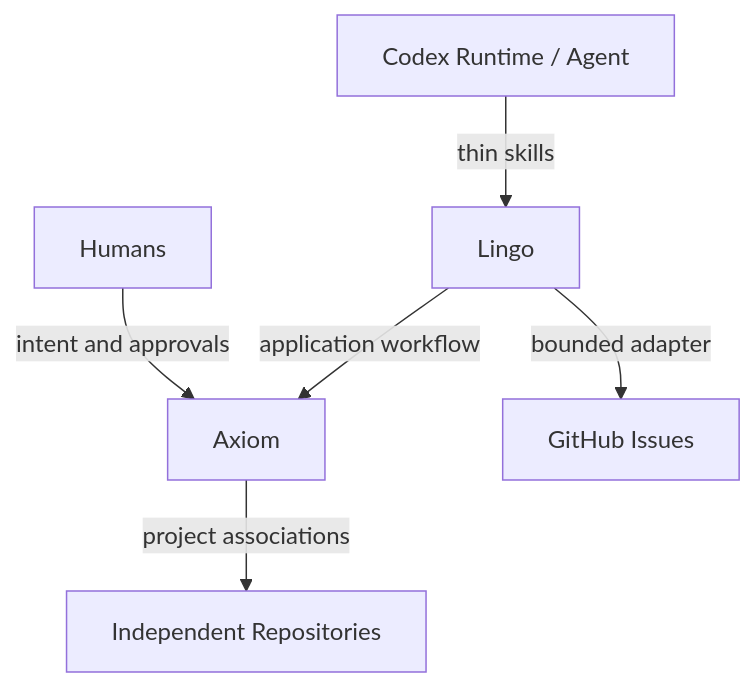
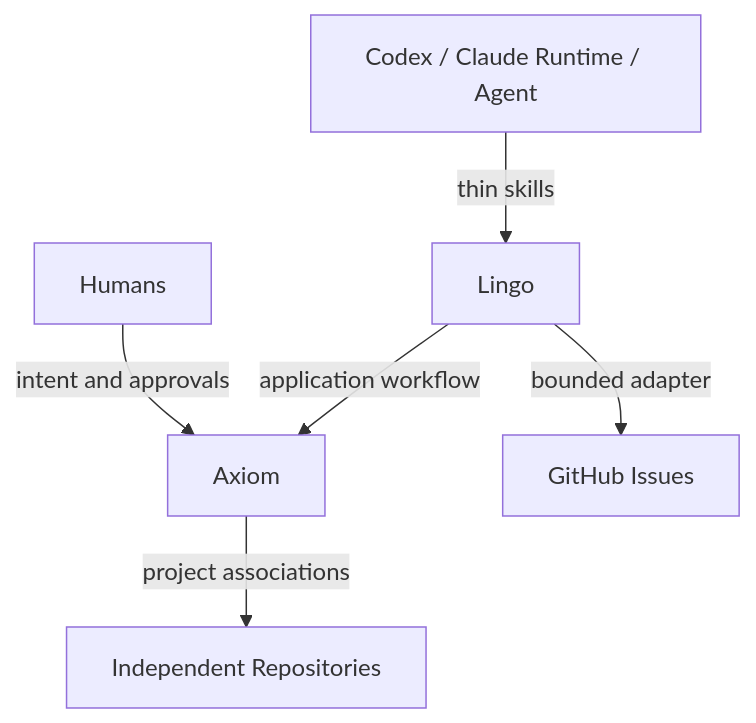
One commit to rgomids/axiom changed the second of 2 diagrams in README.md. Above: the diagram before and after it, drawn with Mermaid. The commit also changed other lines of this file and 4 other files, not shown here.

````diff
--- a/README.md
+++ b/README.md
@@ -295,8 +161,8 @@
 ```mermaid
 flowchart TB
     H["Humans"] -->|intent and approvals| A["Axiom"]
-    R["Codex Runtime / Agent"] -->|thin skills| L["Lingo"]
+    R["Codex / Claude Runtime / Agent"] -->|thin skills| L["Lingo"]
     L -->|application workflow| A
     A -->|project associations| G["Independent Repositories"]
     L -->|bounded adapter| P["GitHub Issues"]
 ```
````
